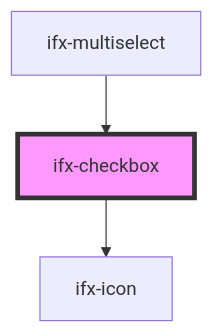
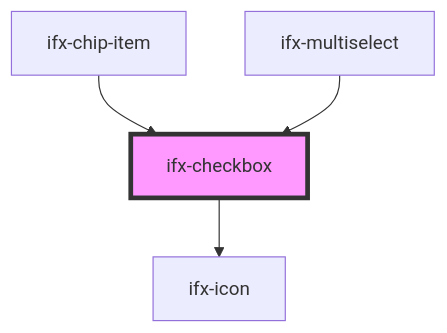
One commit to Infineon/infineon-design-system-stencil changed the diagram in packages/components/src/components/checkbox/readme.md. Above: the diagram before and after it, drawn with Mermaid. The commit also changed other lines of this file and 16 other files, not shown here.

````diff
--- a/packages/components/src/components/checkbox/readme.md
+++ b/packages/components/src/components/checkbox/readme.md
@@ -56,6 +57,7 @@
 ```mermaid
 graph TD;
   ifx-checkbox --> ifx-icon
+  ifx-chip-item --> ifx-checkbox
   ifx-multiselect --> ifx-checkbox
   style ifx-checkbox fill:#f9f,stroke:#333,stroke-width:4px
 ```
````
